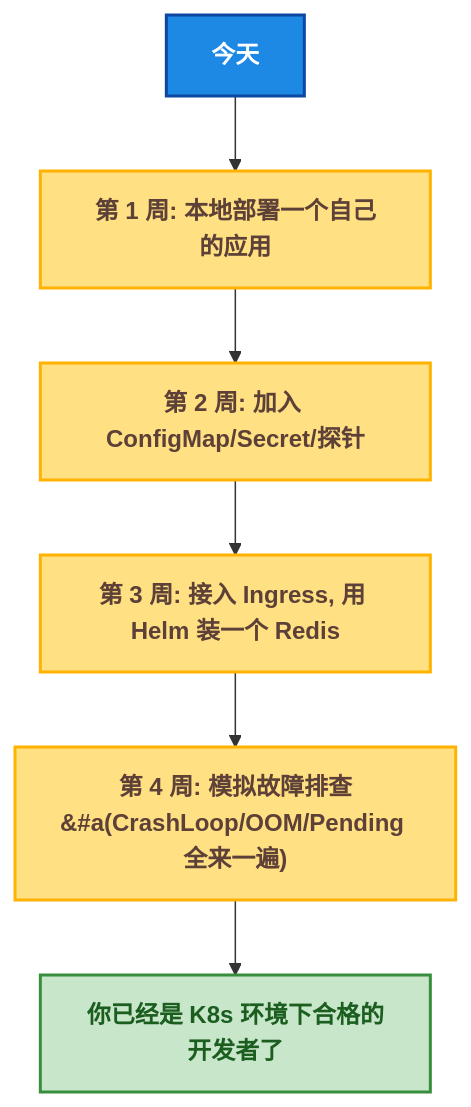
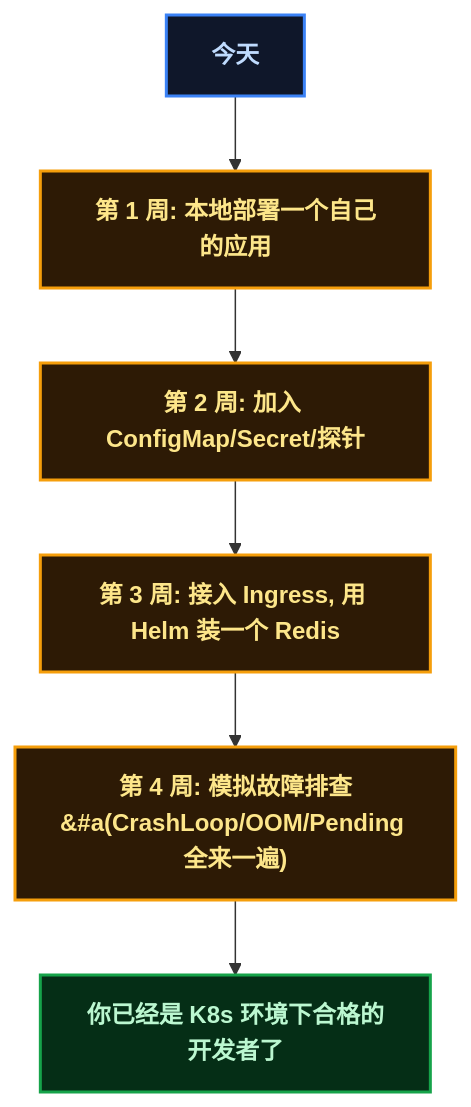
Before and after one commit to yaocat55/yaocat55.github.io: the fifth of 5 diagrams in content/posts/kubernetes/K8sDeveloperPanorama.md, drawn with Mermaid. The commit also changed other lines of this file and 155 other files, not shown here.

````diff
--- a/content/posts/kubernetes/K8sDeveloperPanorama.md
+++ b/content/posts/kubernetes/K8sDeveloperPanorama.md
@@ -545,24 +545,24 @@
 ```mermaid
 flowchart TD
   TODAY["今天"]
   W1["第 1 周: 本地部署一个自己的应用"]
   W2["第 2 周: 加入 ConfigMap/Secret/探针"]
   W3["第 3 周: 接入 Ingress, 用 Helm 装一个 Redis"]
   W4["第 4 周: 模拟故障排查&#a(CrashLoop/OOM/Pending 全来一遍)"]
   DONE["你已经是 K8s 环境下合格的开发者了"]
 
   TODAY --> W1
   W1 --> W2
   W2 --> W3
   W3 --> W4
   W4 --> DONE
 
-  classDef start fill:#1E88E5,stroke:#0D47A1,stroke-width:2px,color:#FFFFFF,font-weight:bold
+classDef start fill:#0f172a,stroke:#3b82f6,stroke-width:2px,color:#bfdbfe,font-weight:bold;
   class TODAY start
 
-  classDef step fill:#FFE082,stroke:#FFB300,stroke-width:2px,color:#5D4037,font-weight:bold
+classDef step fill:#2d1a05,stroke:#f59e0b,stroke-width:2px,color:#fde68a,font-weight:bold;
   class W1,W2,W3,W4 step
 
-  classDef done fill:#C8E6C9,stroke:#388E3C,stroke-width:2px,color:#1B5E20,font-weight:bold
+classDef done fill:#052e16,stroke:#16a34a,stroke-width:2px,color:#bbf7d0,font-weight:bold;
   class DONE done
 ```
````
